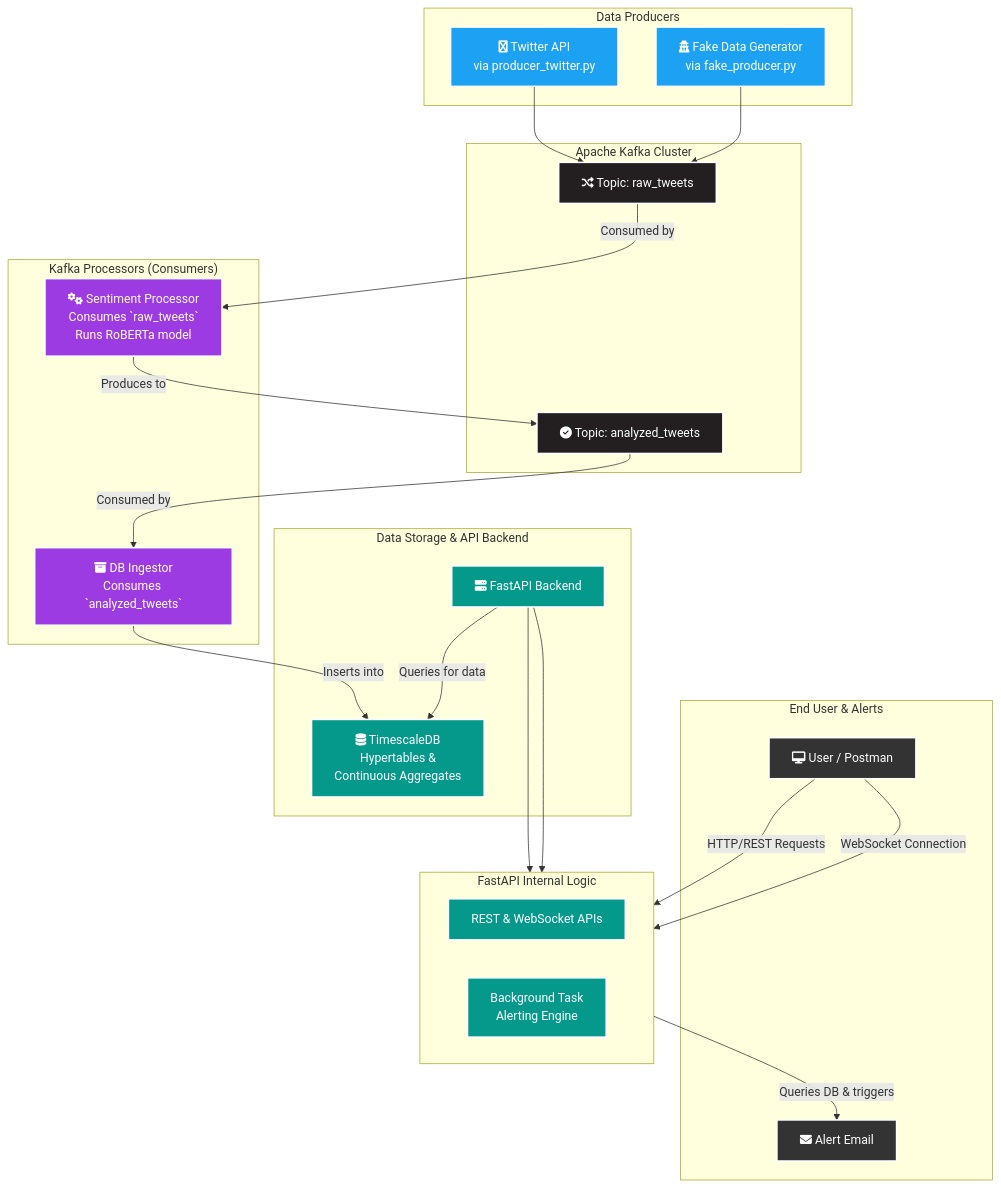
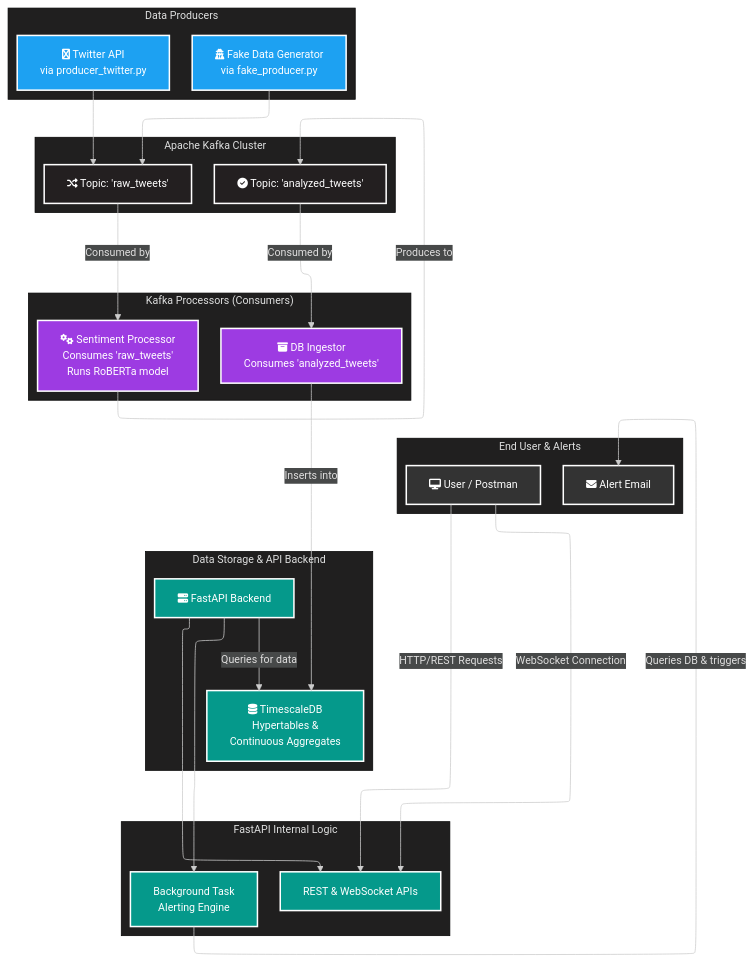
The diagram in README.md (SumanKumar5/StreamPulse), drawn with Mermaid before and after one commit.

Commit message:
New readme

````diff
--- a/README.md
+++ b/README.md
@@ -31,61 +31,71 @@
 ```mermaid
-graph TD
-    subgraph "Data Producers"
-        A[<i class='fa fa-twitter'></i> Twitter API<br>via producer_twitter.py]
-        B[<i class='fa fa-user-secret'></i> Fake Data Generator<br>via fake_producer.py]
-    end
-
-    subgraph "Apache Kafka Cluster"
-        C[<i class='fa fa-random'></i> Topic: raw_tweets]
-        D[<i class='fa fa-check-circle'></i> Topic: analyzed_tweets]
-    end
-
-    subgraph "Kafka Processors (Consumers)"
-        E[<i class='fa fa-cogs'></i> Sentiment Processor<br>Consumes `raw_tweets`<br>Runs RoBERTa model]
-        F[<i class='fa fa-archive'></i> DB Ingestor<br>Consumes `analyzed_tweets`]
-    end
-
-    subgraph "Data Storage & API Backend"
-        G[<i class='fa fa-database'></i> TimescaleDB<br>Hypertables &<br>Continuous Aggregates]
-        H[<i class='fa fa-server'></i> FastAPI Backend]
-    end
-    
-    subgraph "End User & Alerts"
-        I[<i class='fa fa-desktop'></i> User / Postman]
-        J[<i class='fa fa-envelope'></i> Alert Email]
-    end
-
-    %% Data Flow Definition
+---
+config:
+  layout: elk
+  theme: neo-dark
+---
+flowchart TD
+ subgraph subGraph0["Data Producers"]
+        A@{ label: "<i class=\"fa fa-twitter\"></i> Twitter API<br>via producer_twitter.py" }
+        B@{ label: "<i class=\"fa fa-user-secret\"></i> Fake Data Generator<br>via fake_producer.py" }
+  end
+ subgraph subGraph1["Apache Kafka Cluster"]
+        C@{ label: "<i class=\"fa fa-random\"></i> Topic: 'raw_tweets'" }
+        D@{ label: "<i class=\"fa fa-check-circle\"></i> Topic: 'analyzed_tweets'" }
+  end
+ subgraph subGraph2["Kafka Processors (Consumers)"]
+        E@{ label: "<i class=\"fa fa-cogs\"></i> Sentiment Processor<br>Consumes 'raw_tweets'<br>Runs RoBERTa model" }
+        F@{ label: "<i class=\"fa fa-archive\"></i> DB Ingestor<br>Consumes 'analyzed_tweets'" }
+  end
+ subgraph subGraph3["Data Storage & API Backend"]
+        G@{ label: "<i class=\"fa fa-database\"></i> TimescaleDB<br>Hypertables &amp;<br>Continuous Aggregates" }
+        H@{ label: "<i class=\"fa fa-server\"></i> FastAPI Backend" }
+  end
+ subgraph subGraph4["End User & Alerts"]
+        I@{ label: "<i class=\"fa fa-desktop\"></i> User / Postman" }
+        J@{ label: "<i class=\"fa fa-envelope\"></i> Alert Email" }
+  end
+ subgraph subGraph5["FastAPI Internal Logic"]
+    direction LR
+        K["REST & WebSocket APIs"]
+        L["Background Task<br>Alerting Engine"]
+  end
     A --> C
     B --> C
     E -- Produces to --> D
     C -- Consumed by --> E
     D -- Consumed by --> F
     F -- Inserts into --> G
     H -- Queries for data --> G
-    
-    subgraph "FastAPI Internal Logic"
-        direction LR
-        K[REST & WebSocket APIs]
-        L[Background Task<br>Alerting Engine]
-    end
-    
     H ---> K & L
-
     L -- Queries DB & triggers --> J
     I -- HTTP/REST Requests --> K
     I -- WebSocket Connection --> K
-
-    %% Styling
+    A@{ shape: rect}
+    B@{ shape: rect}
+    C@{ shape: rect}
+    D@{ shape: rect}
+    E@{ shape: rect}
+    F@{ shape: rect}
+    G@{ shape: rect}
+    H@{ shape: rect}
+    I@{ shape: rect}
+    J@{ shape: rect}
+     A:::producer
+     B:::producer
+     C:::kafka
+     D:::kafka
+     E:::processor
+     F:::processor
+     G:::storageapi
+     H:::storageapi
+     I:::user
+     J:::user
+     K:::storageapi
+     L:::storageapi
     classDef producer fill:#1DA1F2,stroke:#fff,stroke-width:2px,color:#fff
     classDef kafka fill:#231F20,stroke:#fff,stroke-width:2px,color:#fff
     classDef processor fill:#9d3be2,stroke:#fff,stroke-width:2px,color:#fff
     classDef storageapi fill:#05998b,stroke:#fff,stroke-width:2px,color:#fff
     classDef user fill:#333,stroke:#fff,stroke-width:2px,color:#fff
-
-    class A,B producer;
-    class C,D kafka;
-    class E,F processor;
-    class G,H,K,L storageapi;
-    class I,J user;
 ```
````
